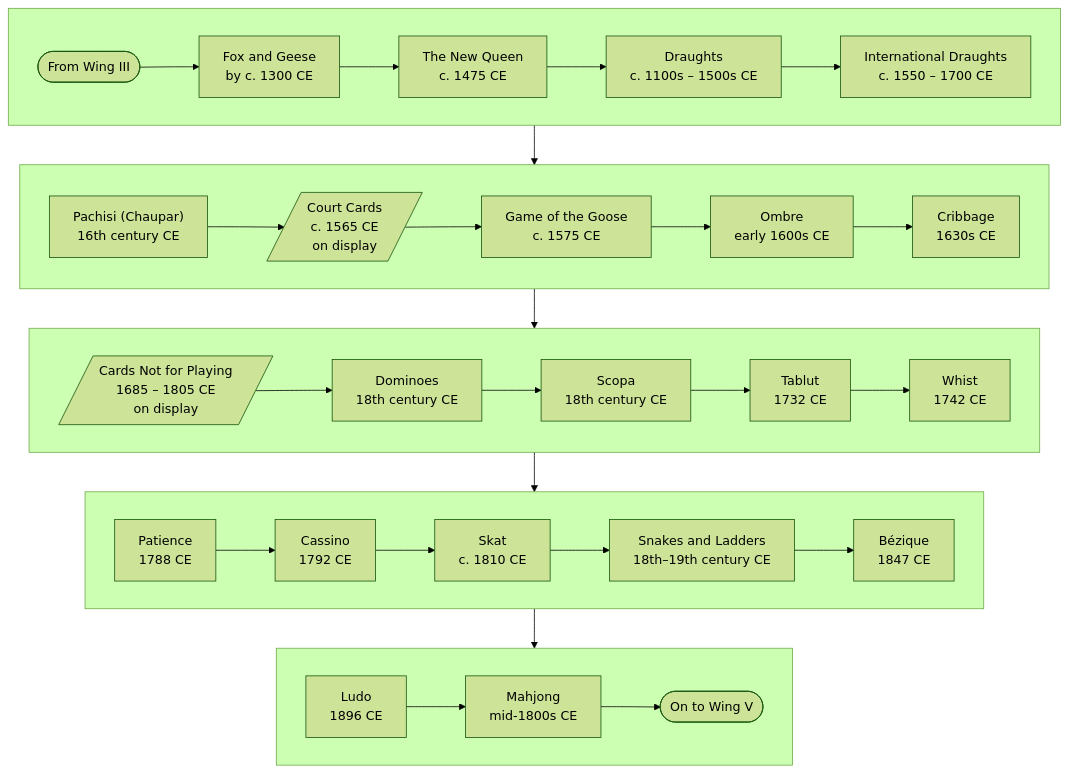
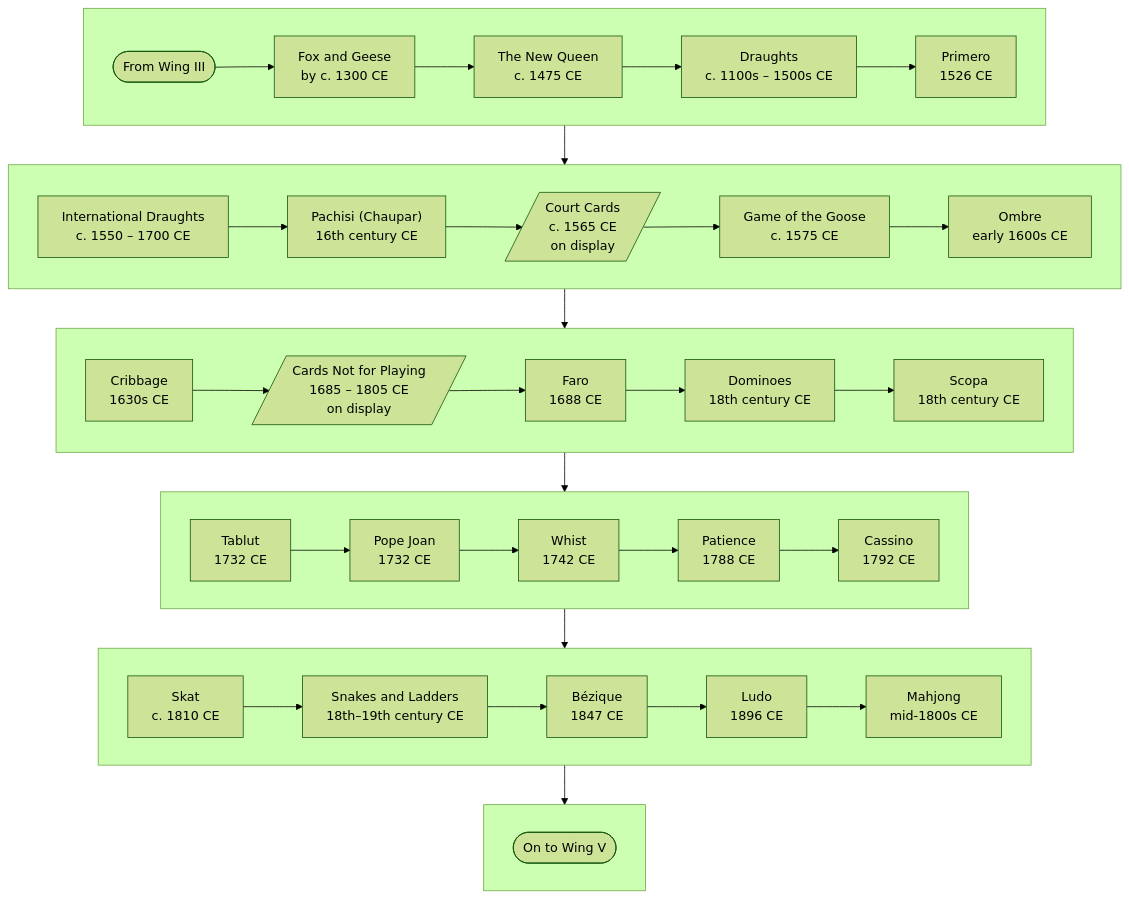
One commit to CptNope/Librarium-Archives changed the seventh of 9 diagrams in docs/games/README.md. Above: the diagram before and after it, drawn with Mermaid (forest theme). The commit also changed other lines of this file and 44 other files, not shown here.

First line of the commit message:
0.38.0: the card room, part five: Primero, Faro, Pope Joan and Ma Diao

````diff
--- a/docs/games/README.md
+++ b/docs/games/README.md
@@ -326,27 +330,32 @@
 ```mermaid
 flowchart TB
     subgraph r0[" "]
         direction LR
-        in(["From Wing III"]) --> foxgeese["Fox and Geese<br/>by c. 1300 CE"] --> newqueen["The New Queen<br/>c. 1475 CE"] --> draughts["Draughts<br/>c. 1100s – 1500s CE"] --> idraughts["International Draughts<br/>c. 1550 – 1700 CE"]
+        in(["From Wing III"]) --> foxgeese["Fox and Geese<br/>by c. 1300 CE"] --> newqueen["The New Queen<br/>c. 1475 CE"] --> draughts["Draughts<br/>c. 1100s – 1500s CE"] --> primero["Primero<br/>1526 CE"]
     end
     subgraph r1[" "]
         direction LR
-        pachisi["Pachisi (Chaupar)<br/>16th century CE"] --> courtcards[/"Court Cards<br/>c. 1565 CE<br/>on display"/] --> goose["Game of the Goose<br/>c. 1575 CE"] --> ombre["Ombre<br/>early 1600s CE"] --> cribbage["Cribbage<br/>1630s CE"]
+        idraughts["International Draughts<br/>c. 1550 – 1700 CE"] --> pachisi["Pachisi (Chaupar)<br/>16th century CE"] --> courtcards[/"Court Cards<br/>c. 1565 CE<br/>on display"/] --> goose["Game of the Goose<br/>c. 1575 CE"] --> ombre["Ombre<br/>early 1600s CE"]
     end
     subgraph r2[" "]
         direction LR
-        notforplay[/"Cards Not for Playing<br/>1685 – 1805 CE<br/>on display"/] --> dominoes["Dominoes<br/>18th century CE"] --> scopa["Scopa<br/>18th century CE"] --> tablut["Tablut<br/>1732 CE"] --> whist["Whist<br/>1742 CE"]
+        cribbage["Cribbage<br/>1630s CE"] --> notforplay[/"Cards Not for Playing<br/>1685 – 1805 CE<br/>on display"/] --> faro["Faro<br/>1688 CE"] --> dominoes["Dominoes<br/>18th century CE"] --> scopa["Scopa<br/>18th century CE"]
     end
     subgraph r3[" "]
         direction LR
-        patience["Patience<br/>1788 CE"] --> cassino["Cassino<br/>1792 CE"] --> skat["Skat<br/>c. 1810 CE"] --> snakes["Snakes and Ladders<br/>18th–19th century CE"] --> bezique["Bézique<br/>1847 CE"]
+        tablut["Tablut<br/>1732 CE"] --> popejoan["Pope Joan<br/>1732 CE"] --> whist["Whist<br/>1742 CE"] --> patience["Patience<br/>1788 CE"] --> cassino["Cassino<br/>1792 CE"]
     end
     subgraph r4[" "]
         direction LR
-        ludo["Ludo<br/>1896 CE"] --> mahjong["Mahjong<br/>mid-1800s CE"] --> out(["On to Wing V"])
+        skat["Skat<br/>c. 1810 CE"] --> snakes["Snakes and Ladders<br/>18th–19th century CE"] --> bezique["Bézique<br/>1847 CE"] --> ludo["Ludo<br/>1896 CE"] --> mahjong["Mahjong<br/>mid-1800s CE"]
+    end
+    subgraph r5[" "]
+        direction LR
+        out(["On to Wing V"])
     end
     r0 --> r1
     r1 --> r2
     r2 --> r3
     r3 --> r4
+    r4 --> r5
 ```
````
